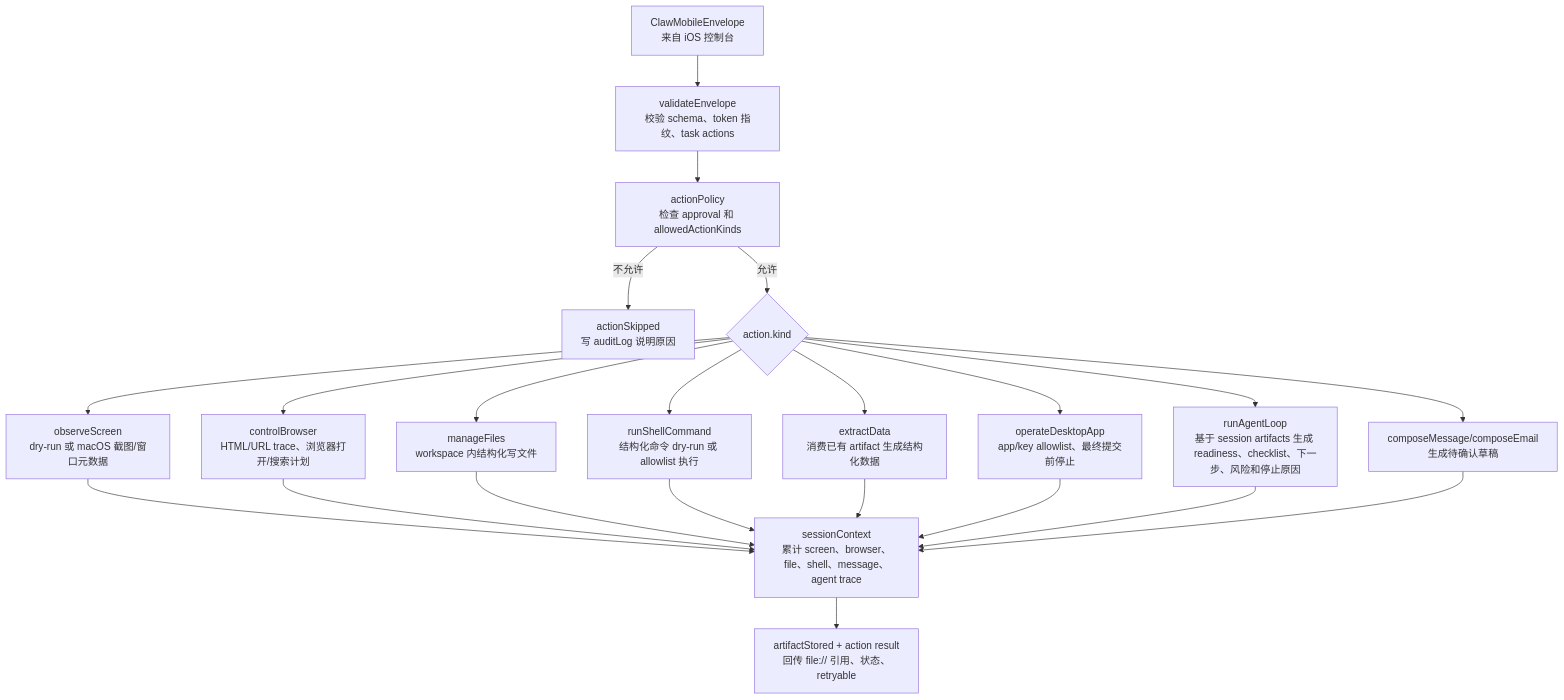
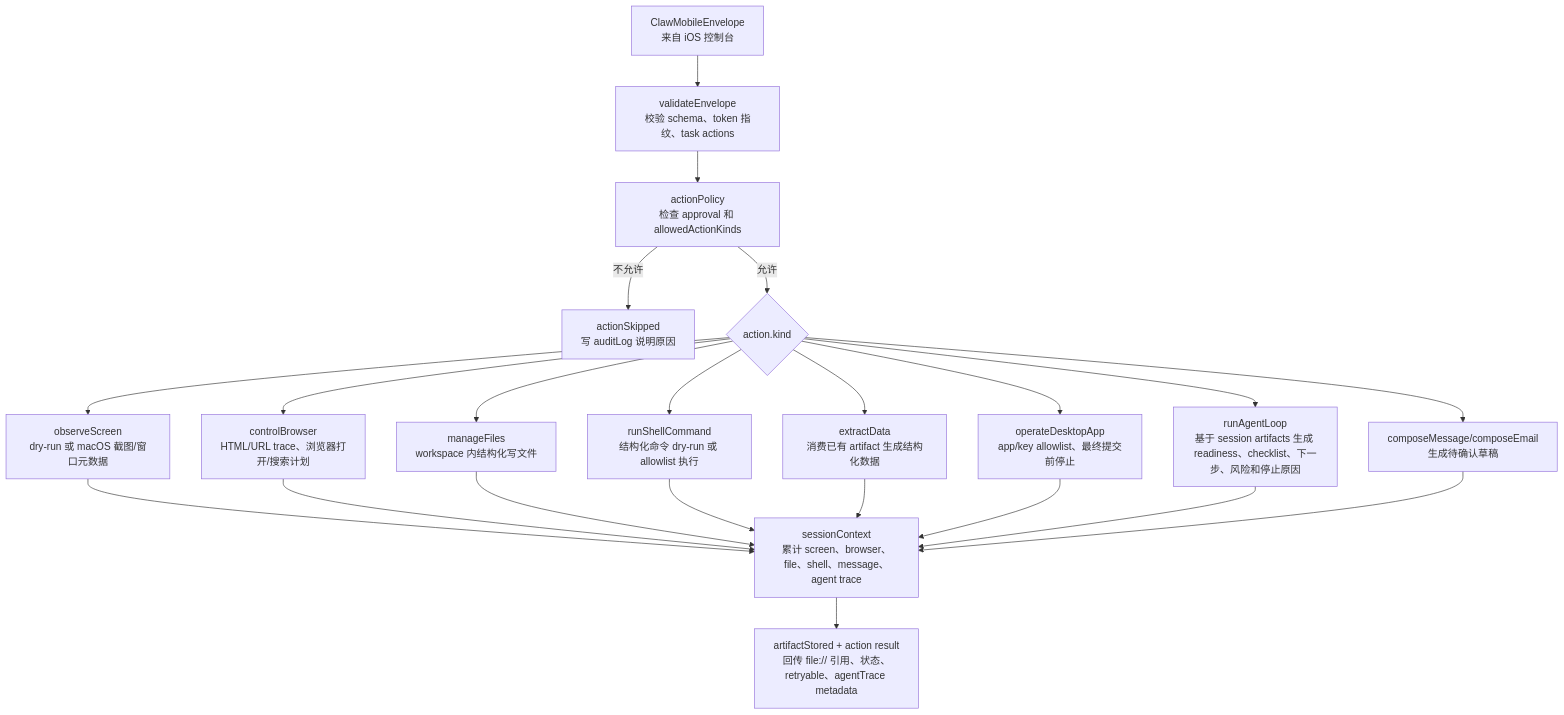
Before and after one commit to Altman-sam114/115: the second of 3 diagrams in md/flow/flowchart.md, drawn with Mermaid. The commit also changed other lines of this file and 13 other files, not shown here.

Commit message:
v0.7: 增强手机端 AgentTrace 复核体验

````diff
--- a/md/flow/flowchart.md
+++ b/md/flow/flowchart.md
@@ -39,24 +41,24 @@
 ```mermaid
 flowchart TD
   ENV["ClawMobileEnvelope<br/>来自 iOS 控制台"] --> VAL["validateEnvelope<br/>校验 schema、token 指纹、task actions"]
   VAL --> POL["actionPolicy<br/>检查 approval 和 allowedActionKinds"]
   POL -->|不允许| SKIP["actionSkipped<br/>写 auditLog 说明原因"]
   POL -->|允许| KIND{"action.kind"}
   KIND --> OBS["observeScreen<br/>dry-run 或 macOS 截图/窗口元数据"]
   KIND --> BRO["controlBrowser<br/>HTML/URL trace、浏览器打开/搜索计划"]
   KIND --> FILE["manageFiles<br/>workspace 内结构化写文件"]
   KIND --> SH["runShellCommand<br/>结构化命令 dry-run 或 allowlist 执行"]
   KIND --> EXT["extractData<br/>消费已有 artifact 生成结构化数据"]
   KIND --> APP["operateDesktopApp<br/>app/key allowlist、最终提交前停止"]
   KIND --> AG["runAgentLoop<br/>基于 session artifacts 生成 readiness、checklist、下一步、风险和停止原因"]
   KIND --> MSG["composeMessage/composeEmail<br/>生成待确认草稿"]
   OBS --> CTX["sessionContext<br/>累计 screen、browser、file、shell、message、agent trace"]
   BRO --> CTX
   FILE --> CTX
   SH --> CTX
   EXT --> CTX
   APP --> CTX
   AG --> CTX
   MSG --> CTX
-  CTX --> OUT["artifactStored + action result<br/>回传 file:// 引用、状态、retryable"]
+  CTX --> OUT["artifactStored + action result<br/>回传 file:// 引用、状态、retryable、agentTrace metadata"]
 ```
````
